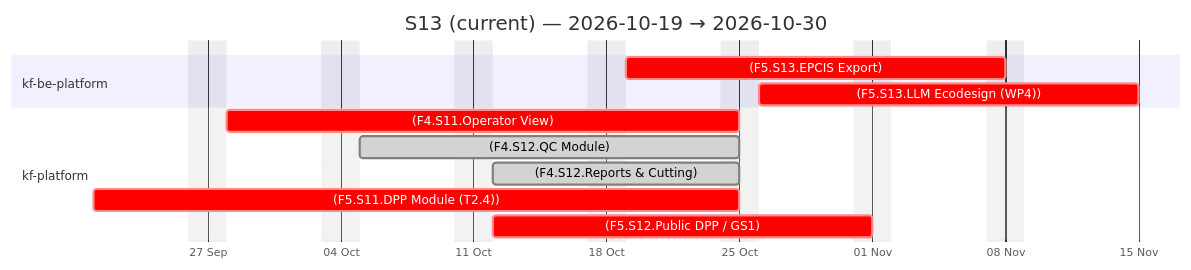
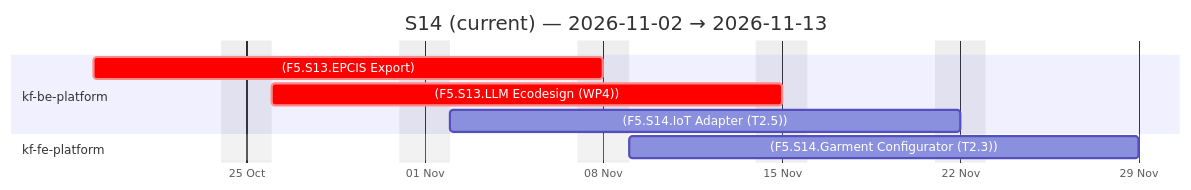
One commit to Katty-Fashion/kf-cpto changed the third of 4 diagrams in docs/agile-sprints.md. Above: the diagram before and after it, drawn with Mermaid. The commit also changed other lines of this file and 15 other files, not shown here.

````diff
--- a/docs/agile-sprints.md
+++ b/docs/agile-sprints.md
@@ -74,17 +73,14 @@
 ```mermaid
 gantt
-    title S13 (current) — 2026-10-19 → 2026-10-30
+    title S14 (current) — 2026-11-02 → 2026-11-13
     dateFormat YYYY-MM-DD
     axisFormat %d %b
     excludes weekends
 
     section kf-be-platform
     (F5.S13.EPCIS Export) :crit, 2026-10-19, 2026-11-08
     (F5.S13.LLM Ecodesign (WP4)) :crit, 2026-10-26, 2026-11-15
-    section kf-platform
-    (F4.S11.Operator View) :crit, 2026-09-28, 2026-10-25
-    (F4.S12.QC Module) :done, 2026-10-05, 2026-10-25
-    (F4.S12.Reports & Cutting) :done, 2026-10-12, 2026-10-25
-    (F5.S11.DPP Module (T2.4)) :crit, 2026-09-21, 2026-10-25
-    (F5.S12.Public DPP / GS1) :crit, 2026-10-12, 2026-11-01
+    (F5.S14.IoT Adapter (T2.5)) :2026-11-02, 2026-11-22
+    section kf-fe-platform
+    (F5.S14.Garment Configurator (T2.3)) :2026-11-09, 2026-11-29
 ```
````
